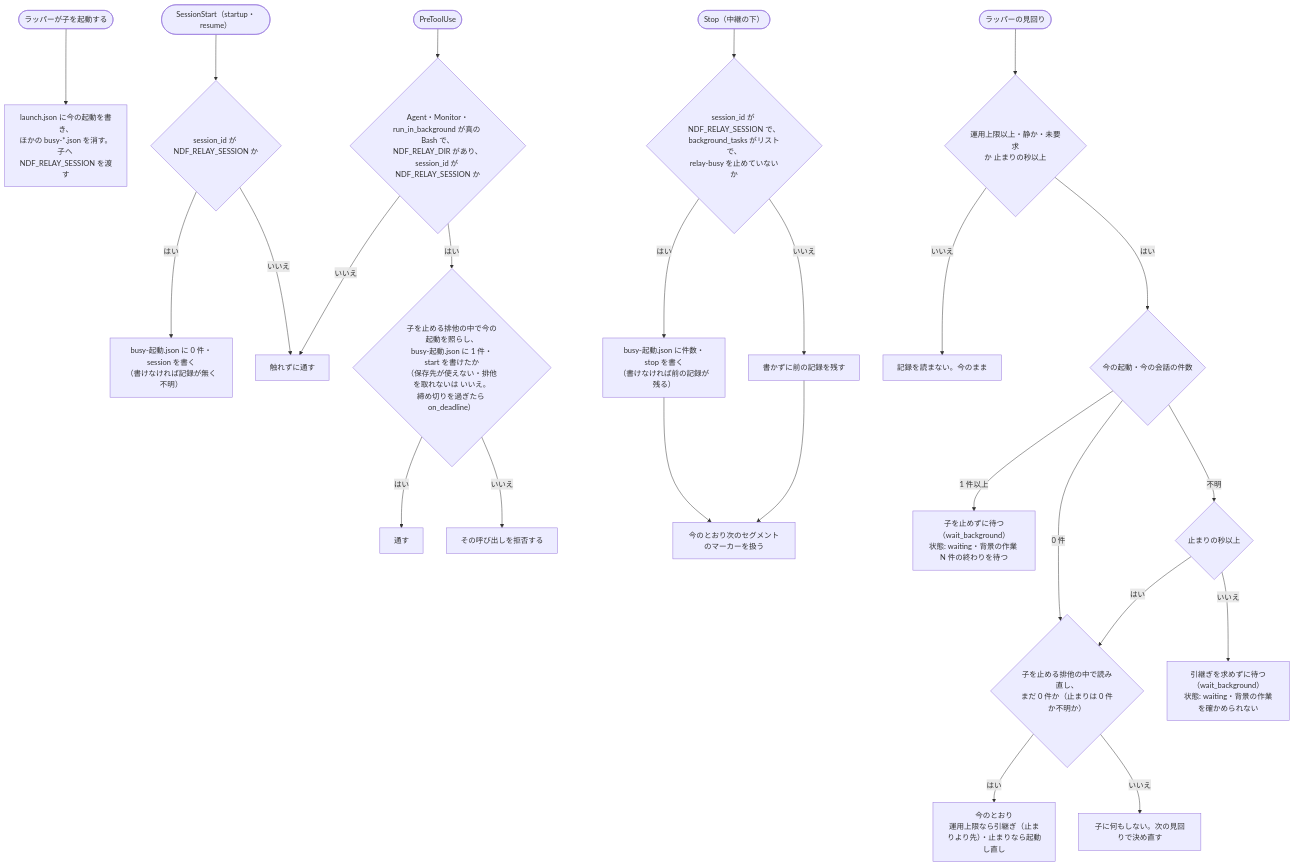
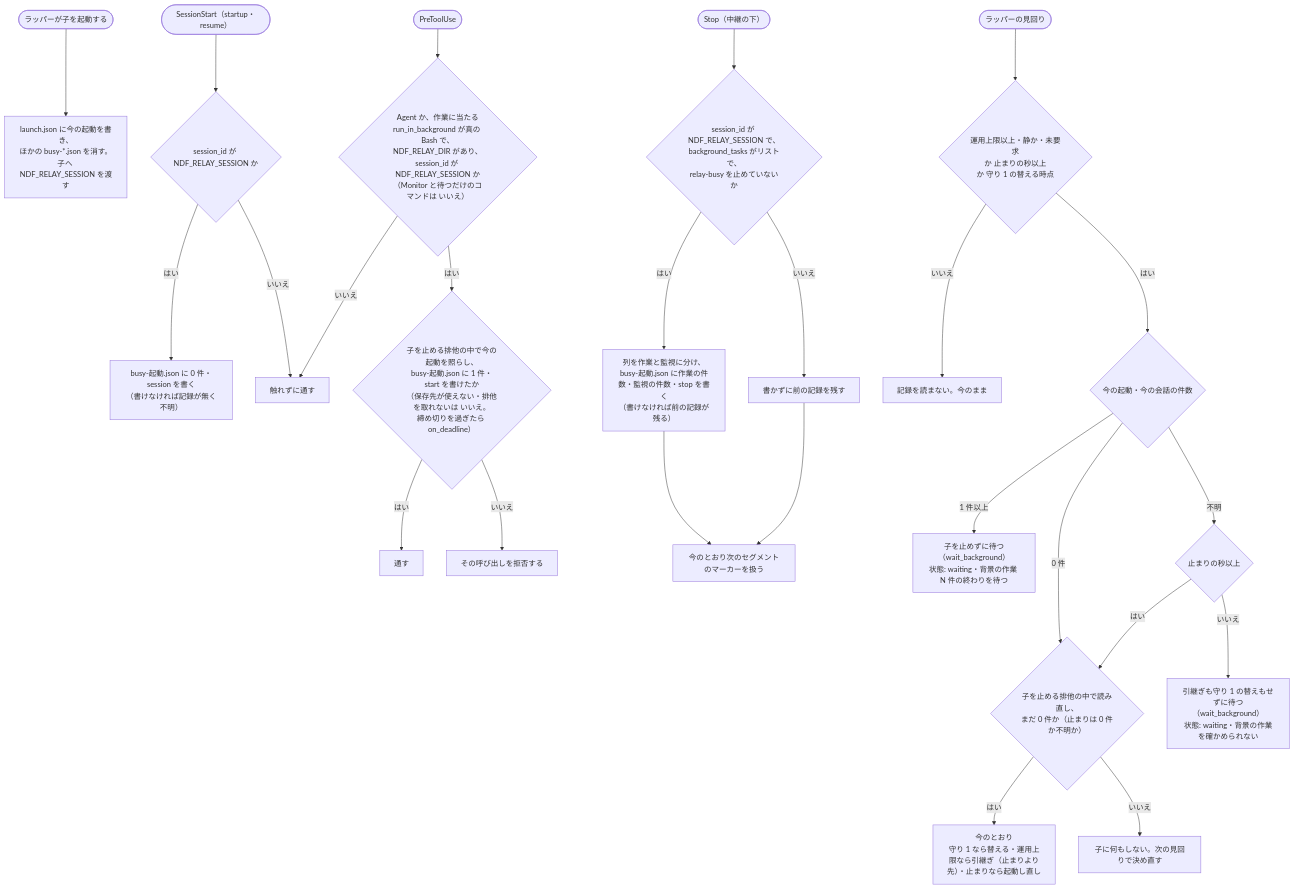
One commit to devbasex/ai-plugins changed the third of 3 diagrams in issues/issue-4049-design.md. Above: the diagram before and after it, drawn with Mermaid. The commit also changed other lines of this file and 2 other files, not shown here.

````diff
--- a/issues/issue-4049-design.md
+++ b/issues/issue-4049-design.md
@@ -93,27 +95,27 @@
 ```mermaid
 flowchart TD
   ST([ラッパーが子を起動する]) --> L0["launch.json に今の起動を書き、<br>ほかの busy-*.json を消す。<br>子へ NDF_RELAY_SESSION を渡す"]
   SS([SessionStart（startup・resume）]) --> SS1{"session_id が NDF_RELAY_SESSION か"}
   SS1 -- はい --> SS2["busy-起動.json に 0 件・session を書く<br>（書けなければ記録が無く不明）"]
   SS1 -- いいえ --> PN
-  PT([PreToolUse]) --> P1{"Agent・Monitor・<br>run_in_background が真の Bash で、<br>NDF_RELAY_DIR があり、<br>session_id が NDF_RELAY_SESSION か"}
+  PT([PreToolUse]) --> P1{"Agent か、作業に当たる<br>run_in_background が真の Bash で、<br>NDF_RELAY_DIR があり、<br>session_id が NDF_RELAY_SESSION か<br>（Monitor と待つだけのコマンドは いいえ）"}
   P1 -- いいえ --> PN[触れずに通す]
   P1 -- はい --> P3{"子を止める排他の中で今の起動を照らし、<br>busy-起動.json に 1 件・start を書けたか<br>（保存先が使えない・排他を取れないは いいえ。<br>締め切りを過ぎたら on_deadline）"}
   P3 -- はい --> PA[通す]
   P3 -- いいえ --> PD[その呼び出しを拒否する]
   SP([Stop（中継の下）]) --> S1{"session_id が NDF_RELAY_SESSION で、<br>background_tasks がリストで、<br>relay-busy を止めていないか"}
   S1 -- いいえ --> SN[書かずに前の記録を残す]
-  S1 -- はい --> S3["busy-起動.json に件数・stop を書く<br>（書けなければ前の記録が残る）"]
+  S1 -- はい --> S3["列を作業と監視に分け、<br>busy-起動.json に作業の件数・監視の件数・stop を書く<br>（書けなければ前の記録が残る）"]
   S3 --> S4[今のとおり次のセグメントのマーカーを扱う]
   SN --> S4
-  Q([ラッパーの見回り]) --> O{"運用上限以上・静か・未要求<br>か 止まりの秒以上"}
+  Q([ラッパーの見回り]) --> O{"運用上限以上・静か・未要求<br>か 止まりの秒以上<br>か 守り 1 の替える時点"}
   O -- いいえ --> QN["記録を読まない。今のまま"]
   O -- はい --> BG{"今の起動・今の会話の件数"}
   BG -- 0 件 --> RC{"子を止める排他の中で読み直し、<br>まだ 0 件か（止まりは 0 件か不明か）"}
-  RC -- はい --> H["今のとおり<br>運用上限なら引継ぎ（止まりより先）・止まりなら起動し直し"]
+  RC -- はい --> H["今のとおり<br>守り 1 なら替える・運用上限なら引継ぎ（止まりより先）・止まりなら起動し直し"]
   RC -- いいえ --> QN2["子に何もしない。次の見回りで決め直す"]
   BG -- 1 件以上 --> WT["子を止めずに待つ（wait_background）<br>状態: waiting・背景の作業 N 件の終わりを待つ"]
   BG -- 不明 --> U{"止まりの秒以上"}
   U -- はい --> RC
-  U -- いいえ --> WU["引継ぎを求めずに待つ（wait_background）<br>状態: waiting・背景の作業を確かめられない"]
+  U -- いいえ --> WU["引継ぎも守り 1 の替えもせずに待つ（wait_background）<br>状態: waiting・背景の作業を確かめられない"]
 ```
````
